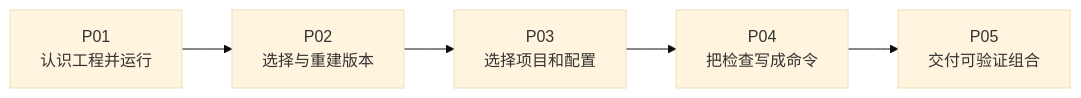
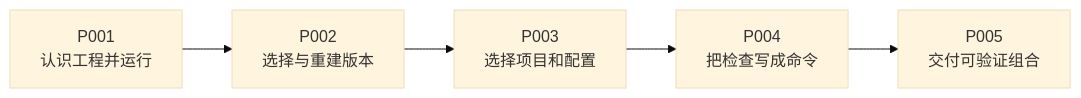
The diagram in learning/west/大纲.md (FormingSystem/zephyr_hc32f4a0), drawn with Mermaid (base theme) before and after one commit. The commit also changed other lines of this file and 12 other files, not shown here.

````diff
--- a/learning/west/大纲.md
+++ b/learning/west/大纲.md
@@ -28,4 +28,4 @@
 ```mermaid
 flowchart LR
-    P1["P01<br/>认识工程并运行"] --> P2["P02<br/>选择与重建版本"] --> P3["P03<br/>选择项目和配置"] --> P4["P04<br/>把检查写成命令"] --> P5["P05<br/>交付可验证组合"]
+    P1["P001<br/>认识工程并运行"] --> P2["P002<br/>选择与重建版本"] --> P3["P003<br/>选择项目和配置"] --> P4["P004<br/>把检查写成命令"] --> P5["P005<br/>交付可验证组合"]
 ```
````
